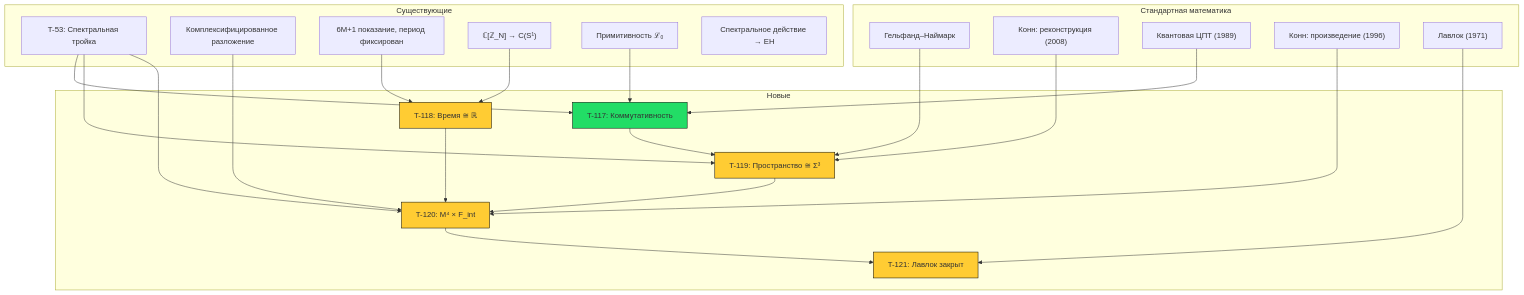
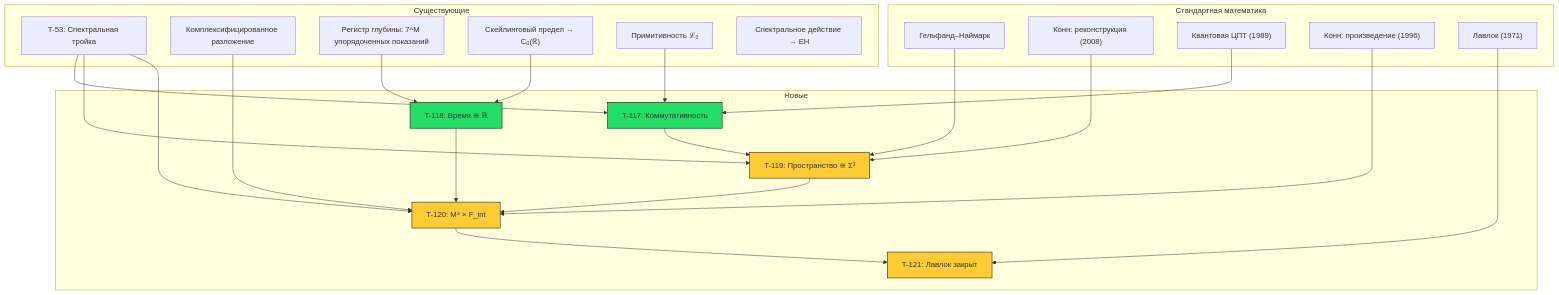
The diagram in website/i18n/ru/docusaurus-plugin-content-docs/current/proofs/physics/emergent-manifold.md (gst-st/uhm), drawn with Mermaid before and after one commit. The commit also changed other lines of this file and 20 other files, not shown here.

````diff
--- a/website/i18n/ru/docusaurus-plugin-content-docs/current/proofs/physics/emergent-manifold.md
+++ b/website/i18n/ru/docusaurus-plugin-content-docs/current/proofs/physics/emergent-manifold.md
@@ -543,54 +533,54 @@
 ```mermaid
 graph TD
     subgraph "Существующие"
         T53["T-53: Спектральная тройка"]
         SEC["Комплексифицированное разложение"]
-        NEFF["6M+1 показание, период фиксирован"]
-        CLIM["ℂ#91;ℤ_N#93; → C#40;S¹#41;"]
+        NEFF["Регистр глубины: 7^M упорядоченных показаний"]
+        CLIM["Скейлинговый предел → C₀#40;ℝ#41;"]
         PRIM["Примитивность ℒ₀"]
         SPEC["Спектральное действие → EH"]
     end
 
     subgraph "Стандартная математика"
         GN["Гельфанд–Наймарк"]
         CR["Конн: реконструкция #40;2008#41;"]
         QCLT["Квантовая ЦПТ #40;1989#41;"]
         CP["Конн: произведение #40;1996#41;"]
         LOV["Лавлок #40;1971#41;"]
     end
 
     subgraph "Новые"
         T117["T-117: Коммутативность"]
         T118["T-118: Время ≅ ℝ"]
         T119["T-119: Пространство ≅ Σ³"]
         T120["T-120: M⁴ × F_int"]
         T121["T-121: Лавлок закрыт"]
     end
 
     PRIM --> T117
     QCLT --> T117
     T53 --> T117
 
     NEFF --> T118
     CLIM --> T118
 
     T117 --> T119
     GN --> T119
     CR --> T119
     T53 --> T119
 
     T118 --> T120
     T119 --> T120
     T53 --> T120
     CP --> T120
     SEC --> T120
 
     T120 --> T121
     LOV --> T121
 
     style T117 fill:#2d6,stroke:#000
-    style T118 fill:#fc3,stroke:#000
+    style T118 fill:#2d6,stroke:#000
     style T119 fill:#fc3,stroke:#000
     style T120 fill:#fc3,stroke:#000
     style T121 fill:#fc3,stroke:#000
 ```
````
